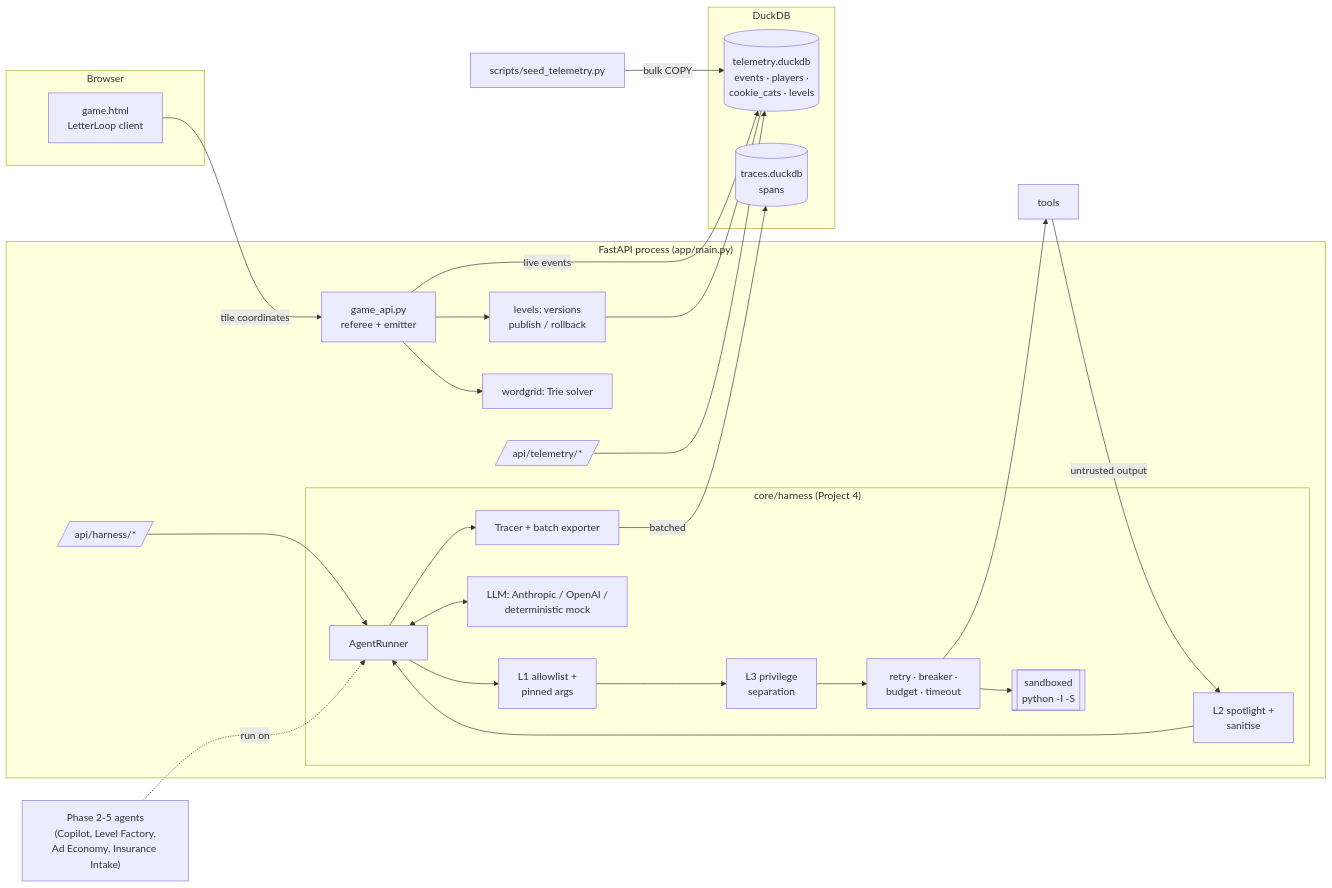
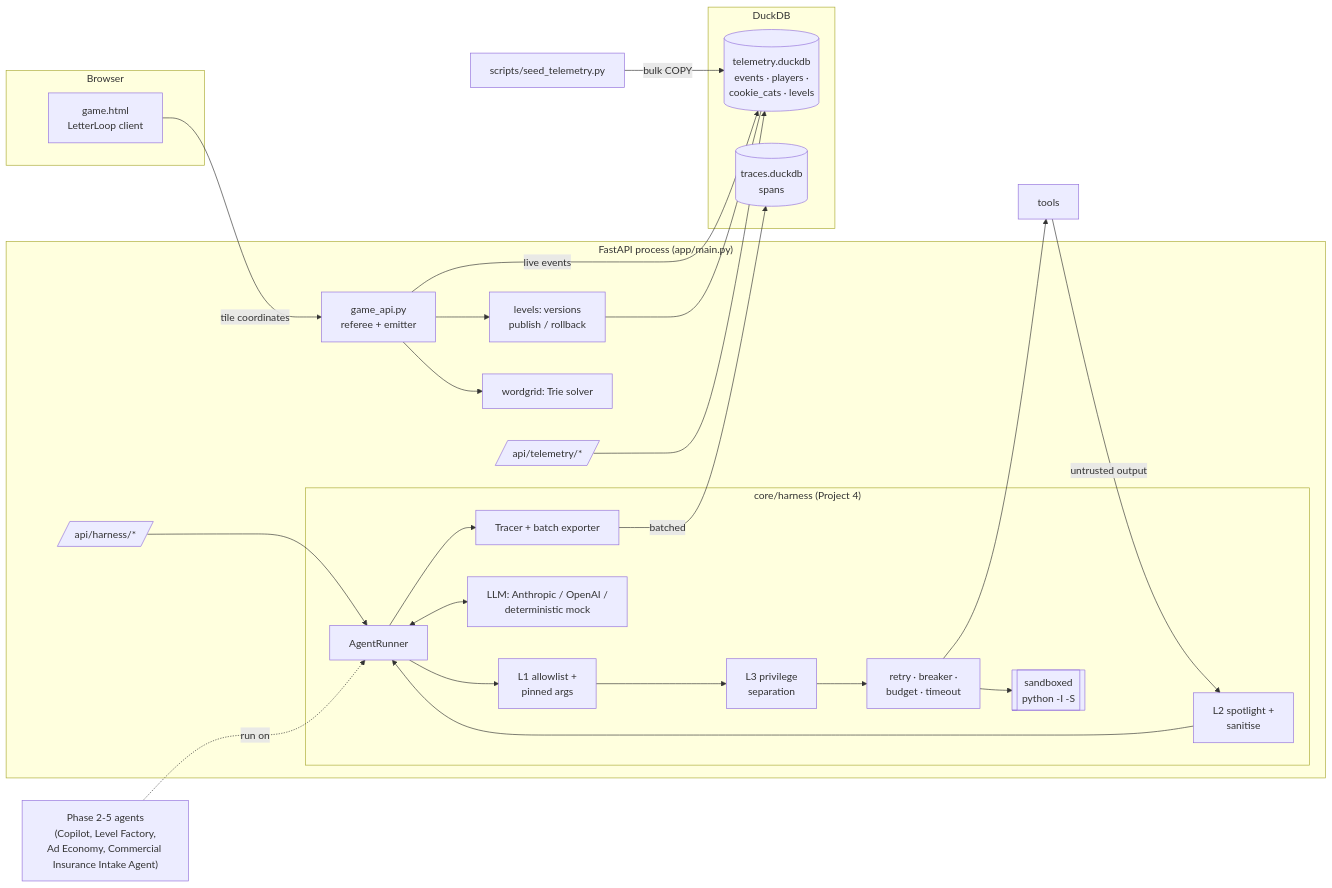
Before and after one commit to akshitsubudhi/wordforge-agents: the first of 3 diagrams in docs/ARCHITECTURE.md, drawn with Mermaid. The commit also changed other lines of this file and 12 other files, not shown here.

First line of the commit message:
Display name: Commercial Insurance Intake Agent

````diff
--- a/docs/ARCHITECTURE.md
+++ b/docs/ARCHITECTURE.md
@@ -67,41 +67,41 @@
 ```mermaid
 flowchart LR
     subgraph Browser
         G[game.html<br/>LetterLoop client]
     end
     subgraph FastAPI["FastAPI process (app/main.py)"]
         API[game_api.py<br/>referee + emitter]
         TAPI[/api/telemetry/*/]
         HAPI[/api/harness/*/]
         subgraph Harness["core/harness (Project 4)"]
             R[AgentRunner]
             L1[L1 allowlist +<br/>pinned args]
             L3[L3 privilege<br/>separation]
             L2[L2 spotlight +<br/>sanitise]
             RES[retry · breaker ·<br/>budget · timeout]
             SBX[[sandboxed<br/>python -I -S]]
             LLM[LLM: Anthropic / OpenAI /<br/>deterministic mock]
             TR[Tracer + batch exporter]
         end
         WG[wordgrid: Trie solver]
         LV[levels: versions<br/>publish / rollback]
     end
     subgraph DuckDB
         TDB[(telemetry.duckdb<br/>events · players ·<br/>cookie_cats · levels)]
         SDB[(traces.duckdb<br/>spans)]
     end
     SEED[scripts/seed_telemetry.py] -->|bulk COPY| TDB
     G -- tile coordinates --> API
     API --> WG
     API --> LV
     API -- live events --> TDB
     LV --- TDB
     TAPI --> TDB
     HAPI --> R
     R --> L1 --> L3 --> RES --> TOOLS[tools]
     TOOLS -- untrusted output --> L2 --> R
     R <--> LLM
     RES --> SBX
     R --> TR -- batched --> SDB
-    AG["Phase 2-5 agents<br/>(Copilot, Level Factory,<br/>Ad Economy, Insurance Intake)"] -.run on.-> R
+    AG["Phase 2-5 agents<br/>(Copilot, Level Factory,<br/>Ad Economy, Commercial Insurance Intake Agent)"] -.run on.-> R
 ```
````
